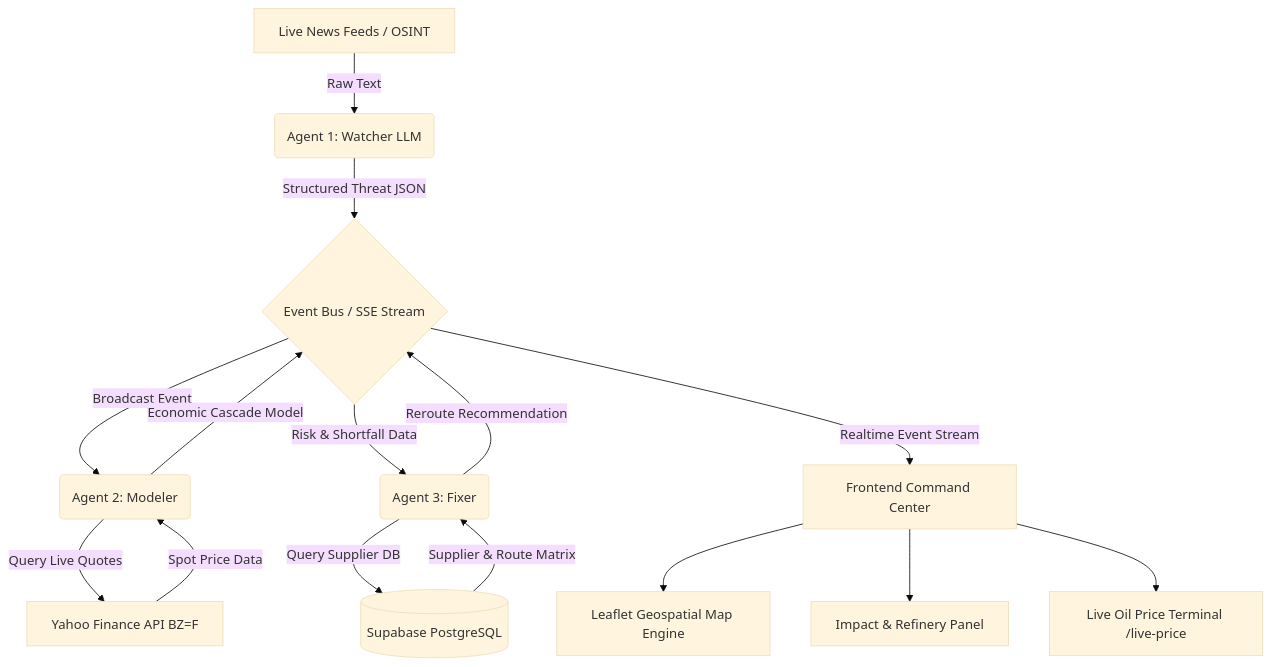
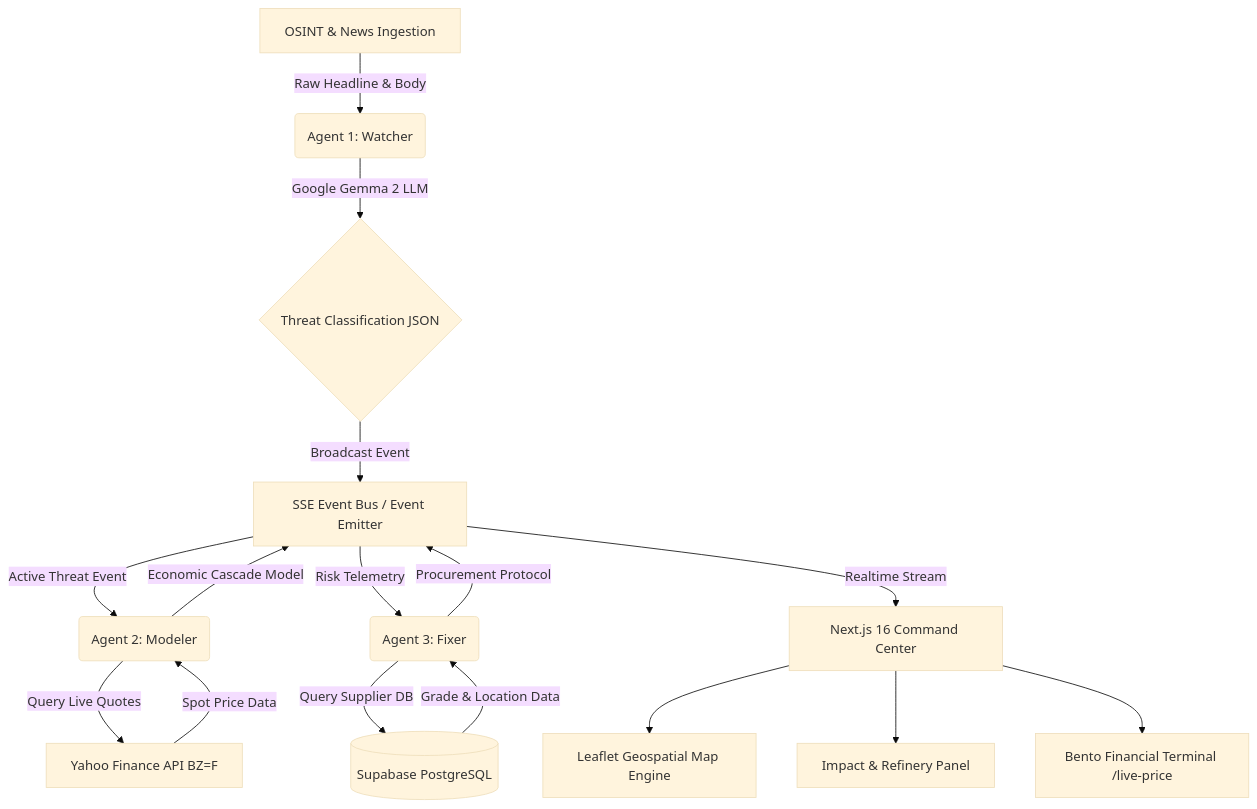
The diagram in README.md (Amansingh0807/ET-Hack-26), drawn with Mermaid (base theme) before and after one commit. The commit also changed other lines of this file, not shown here.

````diff
--- a/README.md
+++ b/README.md
@@ -83,20 +98,22 @@
 ```mermaid
 graph TD
-    A[Live News Feeds / OSINT] -->|Raw Text| B(Agent 1: Watcher LLM)
-    B -->|Structured Threat JSON| C{Event Bus / SSE Stream}
+    A[OSINT & News Ingestion] -->|Raw Headline & Body| B(Agent 1: Watcher)
+    B -->|Google Gemma 2 LLM| C{Threat Classification JSON}
     
-    C -->|Broadcast Event| D(Agent 2: Modeler)
-    D -->|Query Live Quotes| E[Yahoo Finance API BZ=F]
-    E -->|Spot Price Data| D
-    D -->|Economic Cascade Model| C
+    C -->|Broadcast Event| D[SSE Event Bus / Event Emitter]
     
-    C -->|Risk & Shortfall Data| F(Agent 3: Fixer)
-    F -->|Query Supplier DB| G[(Supabase PostgreSQL)]
-    G -->|Supplier & Route Matrix| F
-    F -->|Reroute Recommendation| C
+    D -->|Active Threat Event| E(Agent 2: Modeler)
+    E -->|Query Live Quotes| F[Yahoo Finance API BZ=F]
+    F -->|Spot Price Data| E
+    E -->|Economic Cascade Model| D
+    
+    D -->|Risk Telemetry| G(Agent 3: Fixer)
+    G -->|Query Supplier DB| H[(Supabase PostgreSQL)]
+    H -->|Grade & Location Data| G
+    G -->|Procurement Protocol| D
 
-    C -->|Realtime Event Stream| H[Frontend Command Center]
-    H --> I[Leaflet Geospatial Map Engine]
-    H --> J[Impact & Refinery Panel]
-    H --> K[Live Oil Price Terminal /live-price]
+    D -->|Realtime Stream| I[Next.js 16 Command Center]
+    I --> J[Leaflet Geospatial Map Engine]
+    I --> K[Impact & Refinery Panel]
+    I --> L[Bento Financial Terminal /live-price]
 ```
````
